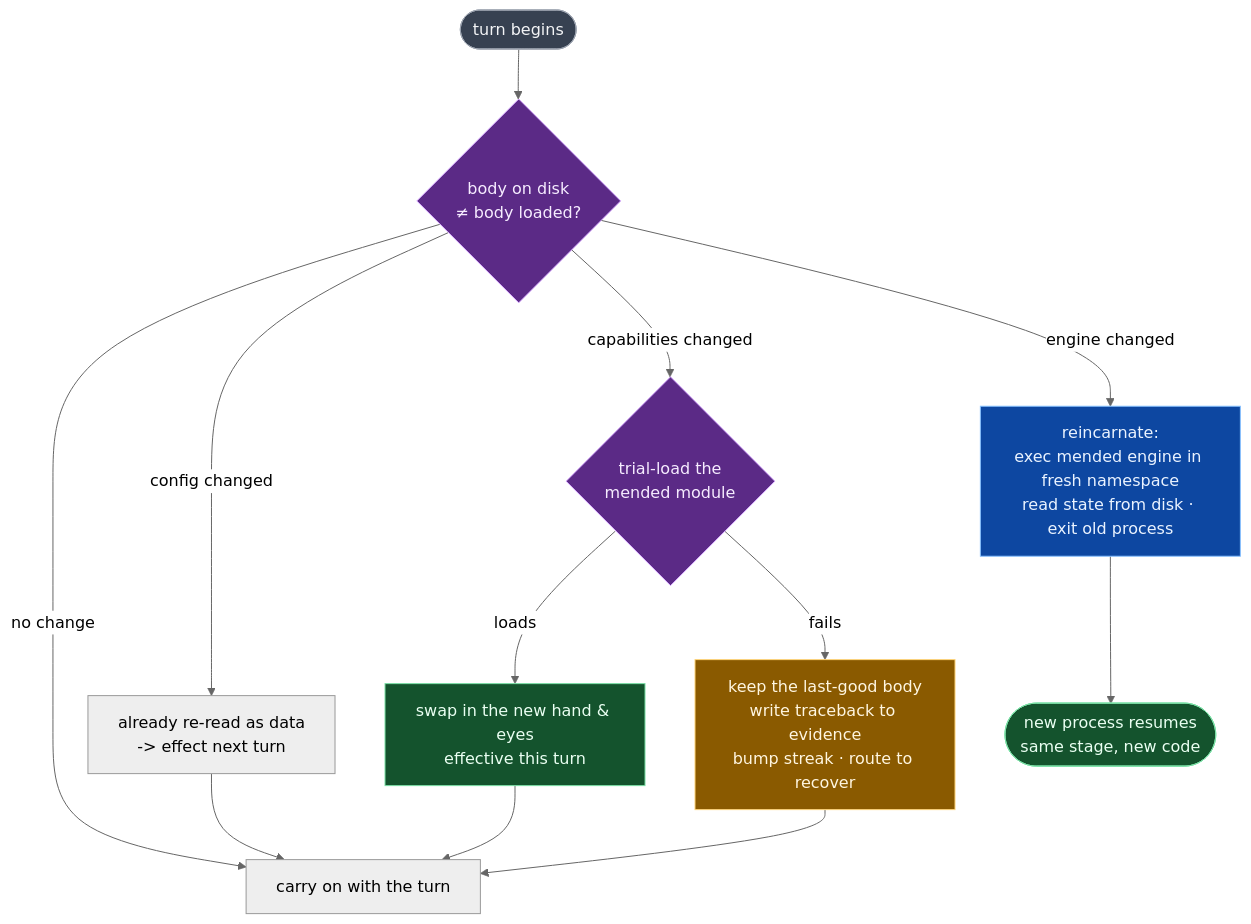
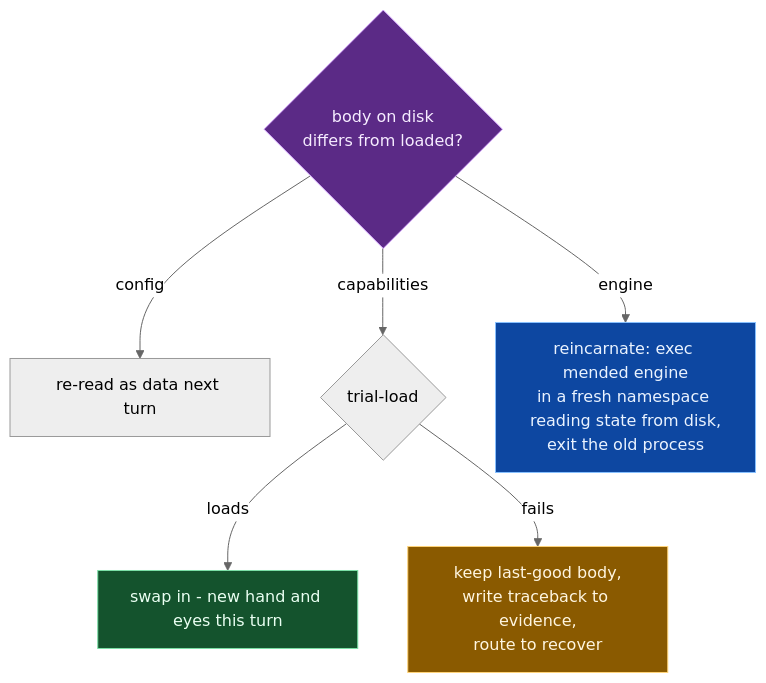
The seventh of 10 diagrams in README.md (wgabrys88/endgame-ai), drawn with Mermaid (neutral theme) before and after one commit. The commit also changed other lines of this file, not shown here.

````diff
--- a/README.md
+++ b/README.md
@@ -298,22 +230,13 @@
 ```mermaid
 flowchart TB
-    START([turn begins]) --> CHK{body on disk<br/>≠ body loaded?}
-    CHK -->|no change| GO[carry on with the turn]
-    CHK -->|config changed| CFG["already re-read as data<br/>-> effect next turn"]
-    CHK -->|capabilities changed| TRIAL{trial-load the<br/>mended module}
-    TRIAL -->|loads| SWAP["swap in the new hand & eyes<br/>effective this turn"]
-    TRIAL -->|fails| KEEP["keep the last-good body<br/>write traceback to evidence<br/>bump streak · route to recover"]
-    CHK -->|engine changed| REINC["reincarnate:<br/>exec mended engine in fresh namespace<br/>read state from disk · exit old process"]
-    CFG --> GO
-    SWAP --> GO
-    KEEP --> GO
-    REINC --> DONE([new process resumes<br/>same stage, new code])
-
-    style START fill:#374151,stroke:#9ca3af,color:#f3f4f6
+    CHK{body on disk<br/>differs from loaded?}
+    CHK -->|config| CFG["re-read as data next turn"]
+    CHK -->|capabilities| TRY{trial-load}
+    TRY -->|loads| SWAP["swap in - new hand and eyes this turn"]
+    TRY -->|fails| KEEP["keep last-good body,<br/>write traceback to evidence,<br/>route to recover"]
+    CHK -->|engine| RE["reincarnate: exec mended engine<br/>in a fresh namespace reading state from disk,<br/>exit the old process"]
     style CHK fill:#5b2a86,stroke:#d7a9ff,color:#f6ecff
-    style TRIAL fill:#5b2a86,stroke:#d7a9ff,color:#f6ecff
     style SWAP fill:#14532d,stroke:#7be0a6,color:#eafff2
     style KEEP fill:#8a5a00,stroke:#ffd479,color:#fff6e0
-    style REINC fill:#0d47a1,stroke:#87c1ff,color:#eaf3ff
-    style DONE fill:#14532d,stroke:#7be0a6,color:#eafff2
+    style RE fill:#0d47a1,stroke:#87c1ff,color:#eaf3ff
 ```
````
